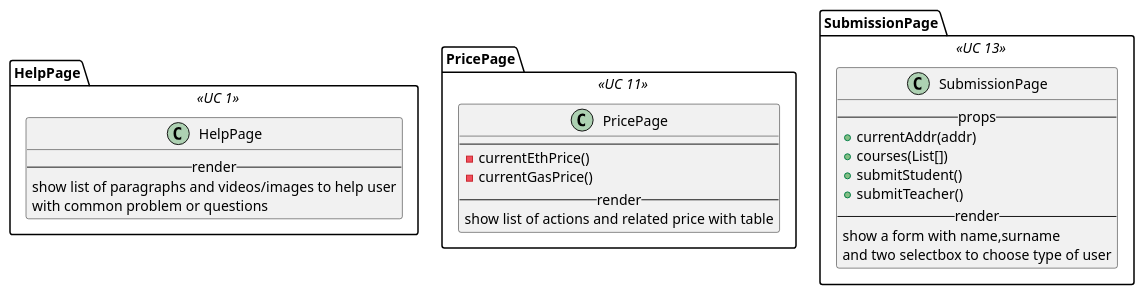
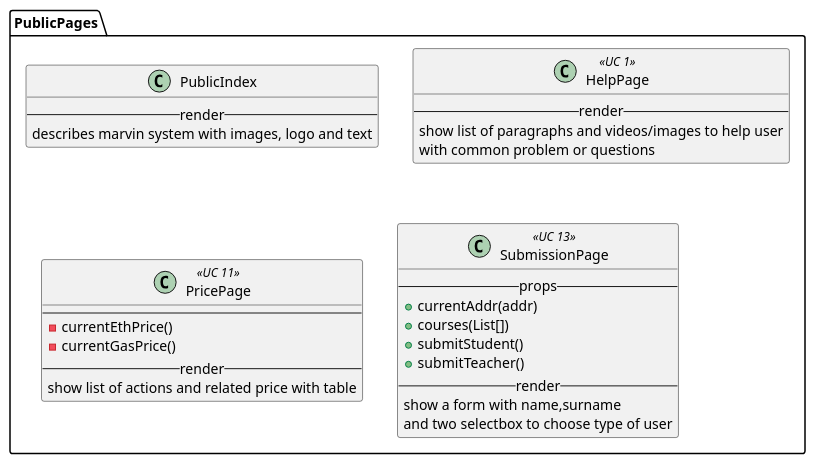
Before and after one commit to M9k/Marvin-Uml: the diagram in react/public/index.iuml, drawn with PlantUML. The commit also changed 11 other files, not shown here.

```diff
--- a/react/public/index.iuml
+++ b/react/public/index.iuml
@@ -1,30 +1,33 @@
-package HelpPage <<UC 1>> {
-  class HelpPage{
+package PublicPages {
+
+  class PublicIndex {
+    --render--
+    describes marvin system with images, logo and text
+  }
+
+  class HelpPage <<UC 1>>{
     --render--
     show list of paragraphs and videos/images to help user
     with common problem or questions
   }
-}
 
-package PricePage <<UC 11>> {
-  class PricePage{
+  class PricePage <<UC 11>> {
     ----
     - currentEthPrice()
     - currentGasPrice()
     --render--
     show list of actions and related price with table
   }
-}
 
-package SubmissionPage <<UC 13>> {
-  class SubmissionPage{
+  class SubmissionPage <<UC 13>> {
     --props--
     + currentAddr(addr)
     + courses(List[])
     + submitStudent()
     + submitTeacher()
     --render--
     show a form with name,surname
     and two selectbox to choose type of user
   }
+
 }
```
